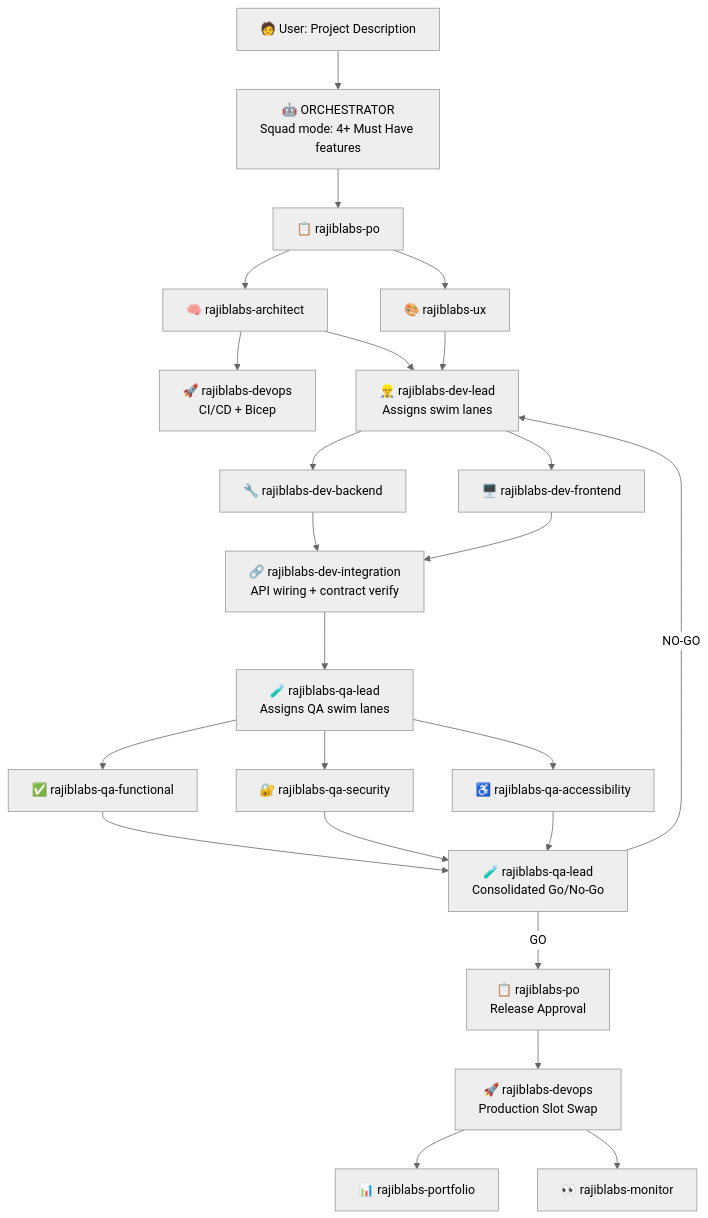
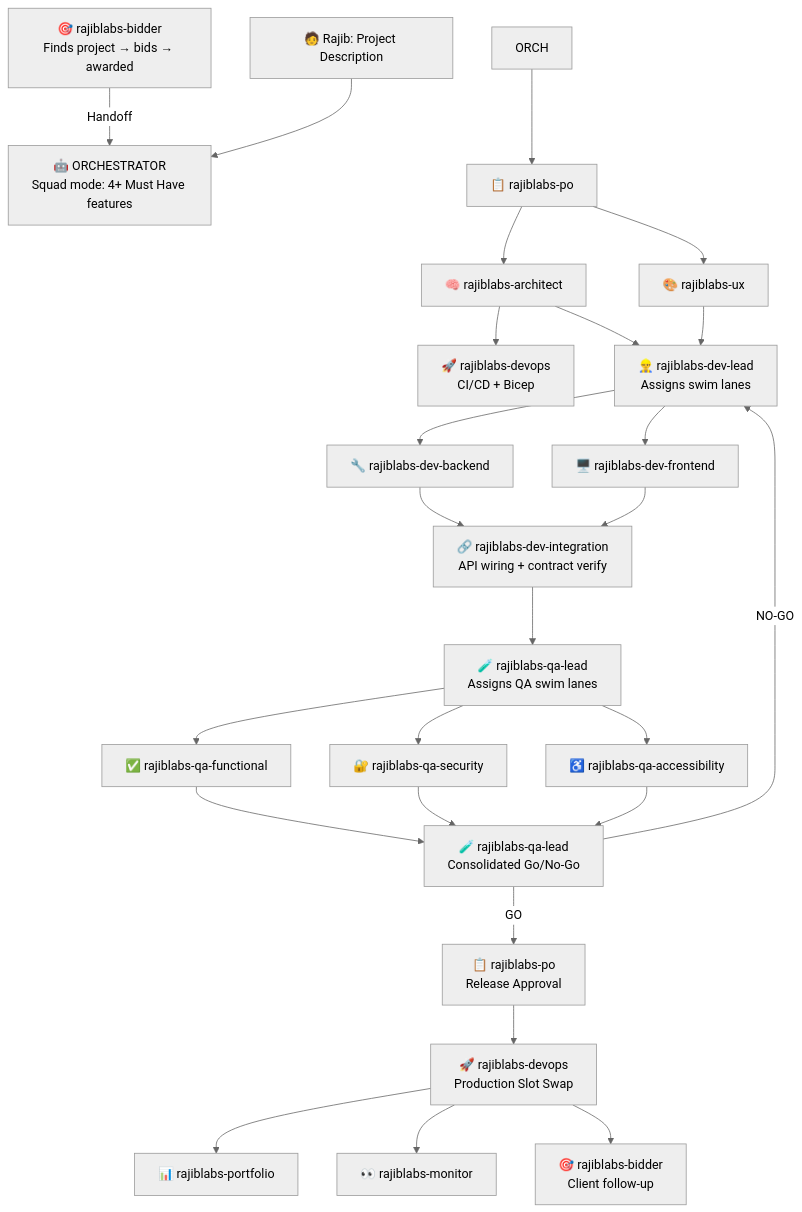
Before and after one commit to rajibmahata/rajiblabs-platform: the third of 5 diagrams in agents/README.md, drawn with Mermaid (neutral theme). The commit also changed other lines of this file and 4 other files, not shown here.

````diff
--- a/agents/README.md
+++ b/agents/README.md
@@ -105,26 +128,29 @@
 ```mermaid
 flowchart TD
-    USER[🧑 User: Project Description] --> ORCH[🤖 ORCHESTRATOR\nSquad mode: 4+ Must Have features]
+    BIDDER_SQUAD[🎯 rajiblabs-bidder<br/>Finds project → bids → awarded] -->|Handoff| ORCH_SQUAD
+    USER_SQUAD[🧑 Rajib: Project Description] --> ORCH_SQUAD
+    ORCH_SQUAD[🤖 ORCHESTRATOR<br/>Squad mode: 4+ Must Have features]
     ORCH --> PO[📋 rajiblabs-po]
     PO --> ARCH[🧠 rajiblabs-architect]
     PO --> UX[🎨 rajiblabs-ux]
     ARCH --> DEVOPS[🚀 rajiblabs-devops\nCI/CD + Bicep]
     ARCH --> DEVLEAD[👷‍♂️ rajiblabs-dev-lead\nAssigns swim lanes]
     UX --> DEVLEAD
     DEVLEAD --> BACKEND[🔧 rajiblabs-dev-backend]
     DEVLEAD --> FRONTEND[🖥️ rajiblabs-dev-frontend]
     BACKEND --> INTEGRATION[🔗 rajiblabs-dev-integration\nAPI wiring + contract verify]
     FRONTEND --> INTEGRATION
     INTEGRATION --> QALEAD[🧪 rajiblabs-qa-lead\nAssigns QA swim lanes]
     QALEAD --> QAFUNC[✅ rajiblabs-qa-functional]
     QALEAD --> QASEC[🔐 rajiblabs-qa-security]
     QALEAD --> QAAX[♿ rajiblabs-qa-accessibility]
     QAFUNC --> VERDICT[🧪 rajiblabs-qa-lead\nConsolidated Go/No-Go]
     QASEC --> VERDICT
     QAAX --> VERDICT
     VERDICT -->|NO-GO| DEVLEAD
     VERDICT -->|GO| PO_APPROVE[📋 rajiblabs-po\nRelease Approval]
     PO_APPROVE --> DEVOPS_PROD[🚀 rajiblabs-devops\nProduction Slot Swap]
     DEVOPS_PROD --> PORTFOLIO[📊 rajiblabs-portfolio]
     DEVOPS_PROD --> MONITOR[👀 rajiblabs-monitor]
+    DEVOPS_PROD --> BIDDER_FOLLOW_SQUAD[🎯 rajiblabs-bidder<br/>Client follow-up]
 ```
````
